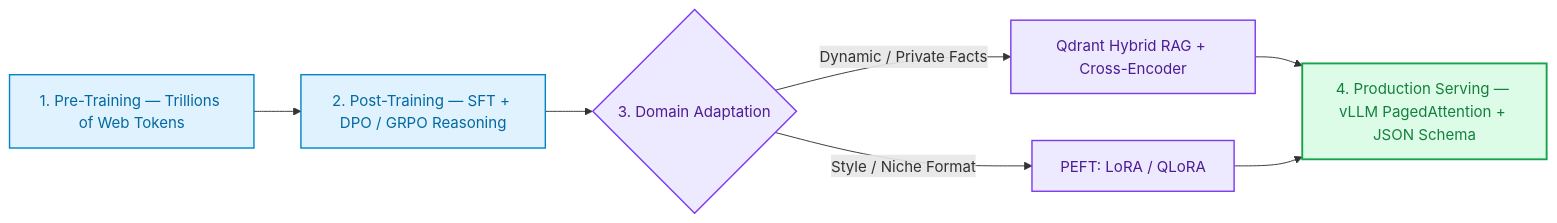
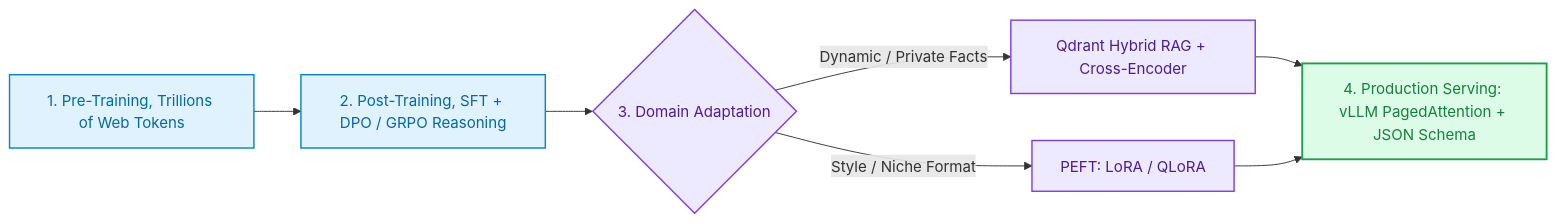
One commit to FirdowsRahaman/agentic-ai-and-ml-roadmap changed the diagram in curriculum/03-modern-ai-and-genai/06_llms_finetuning_and_rag.md. Above: the diagram before and after it, drawn with Mermaid. The commit also changed other lines of this file and 33 other files, not shown here.

````diff
--- a/curriculum/03-modern-ai-and-genai/06_llms_finetuning_and_rag.md
+++ b/curriculum/03-modern-ai-and-genai/06_llms_finetuning_and_rag.md
@@ -13,16 +13,16 @@
 ```mermaid
 flowchart LR
-    PRE["1. Pre-Training — Trillions of Web Tokens"] --> POST["2. Post-Training — SFT + DPO / GRPO Reasoning"]
+    PRE["1. Pre-Training, Trillions of Web Tokens"] --> POST["2. Post-Training, SFT + DPO / GRPO Reasoning"]
     POST --> ADAPT{"3. Domain Adaptation"}
     ADAPT -->|"Dynamic / Private Facts"| RAG["Qdrant Hybrid RAG + Cross-Encoder"]
     ADAPT -->|"Style / Niche Format"| LORA["PEFT: LoRA / QLoRA"]
-    RAG & LORA --> SERVE["4. Production Serving — vLLM PagedAttention + JSON Schema"]
+    RAG & LORA --> SERVE["4. Production Serving: vLLM PagedAttention + JSON Schema"]
 
     classDef base fill:#E0F2FE,stroke:#0284C7,stroke-width:1.5px,color:#0369A1;
     classDef mid fill:#EDE9FE,stroke:#7C3AED,stroke-width:1.5px,color:#4C1D95;
     classDef prod fill:#DCFCE7,stroke:#16A34A,stroke-width:2px,color:#15803D;
 
     class PRE,POST base;
     class ADAPT,RAG,LORA mid;
     class SERVE prod;
 ```
````
